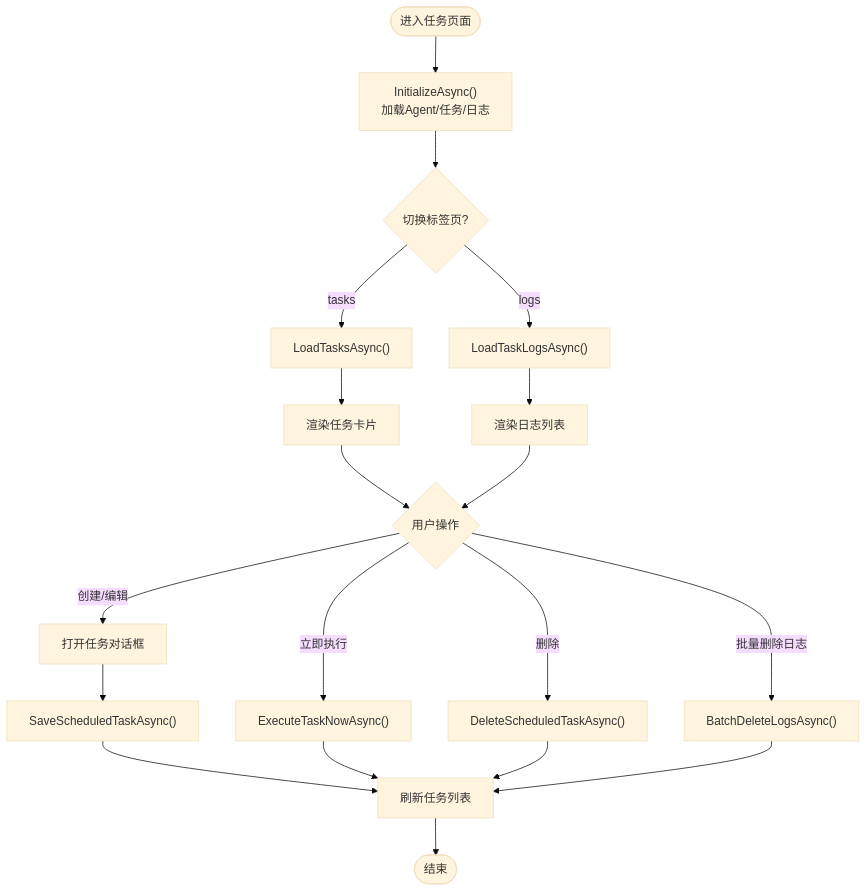
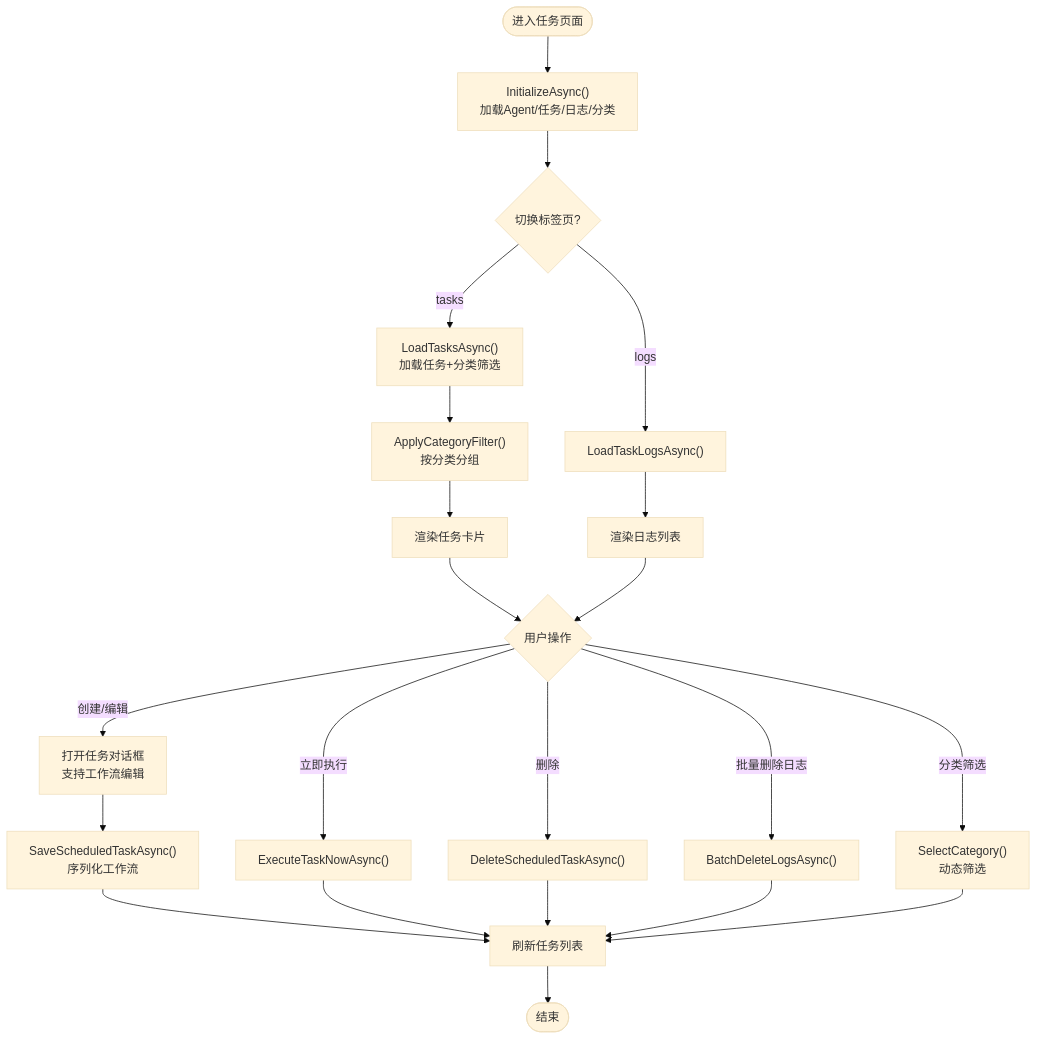
Before and after one commit to openlowcodelab/lowcode: the third of 10 diagrams in .qoder/repowiki/zh/content/AI助手服务/桌面端应用/视图模型层/任务管理视图模型.md, drawn with Mermaid (base theme). The commit also changed other lines of this file and 118 other files, not shown here.

````diff
--- a/.qoder/repowiki/zh/content/AI助手服务/桌面端应用/视图模型层/任务管理视图模型.md
+++ b/.qoder/repowiki/zh/content/AI助手服务/桌面端应用/视图模型层/任务管理视图模型.md
@@ -136,21 +166,24 @@
 ```mermaid
 flowchart TD
-Start(["进入任务页面"]) --> Init["InitializeAsync()<br/>加载Agent/任务/日志"]
+Start(["进入任务页面"]) --> Init["InitializeAsync()<br/>加载Agent/任务/日志/分类"]
 Init --> Tab{"切换标签页?"}
-Tab --> |tasks| LoadTasks["LoadTasksAsync()"]
+Tab --> |tasks| LoadTasks["LoadTasksAsync()<br/>加载任务+分类筛选"]
 Tab --> |logs| LoadLogs["LoadTaskLogsAsync()"]
-LoadTasks --> ShowTasks["渲染任务卡片"]
+LoadTasks --> GroupTasks["ApplyCategoryFilter()<br/>按分类分组"]
+GroupTasks --> ShowTasks["渲染任务卡片"]
 LoadLogs --> ShowLogs["渲染日志列表"]
 ShowTasks --> Action{"用户操作"}
 ShowLogs --> Action
-Action --> |创建/编辑| OpenDialog["打开任务对话框"]
+Action --> |创建/编辑| OpenDialog["打开任务对话框<br/>支持工作流编辑"]
 Action --> |立即执行| ExecNow["ExecuteTaskNowAsync()"]
 Action --> |删除| DelTask["DeleteScheduledTaskAsync()"]
 Action --> |批量删除日志| BatchDel["BatchDeleteLogsAsync()"]
-OpenDialog --> Save["SaveScheduledTaskAsync()"]
+Action --> |分类筛选| FilterCat["SelectCategory()<br/>动态筛选"]
+OpenDialog --> Save["SaveScheduledTaskAsync()<br/>序列化工作流"]
 Save --> Refresh["刷新任务列表"]
 ExecNow --> Refresh
 DelTask --> Refresh
 BatchDel --> Refresh
+FilterCat --> Refresh
 Refresh --> End(["结束"])
 ```
````
